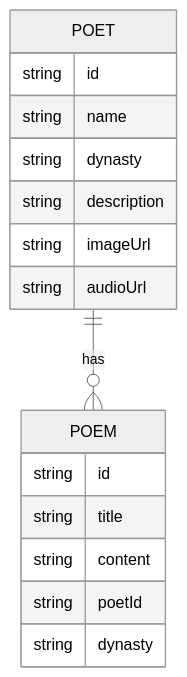
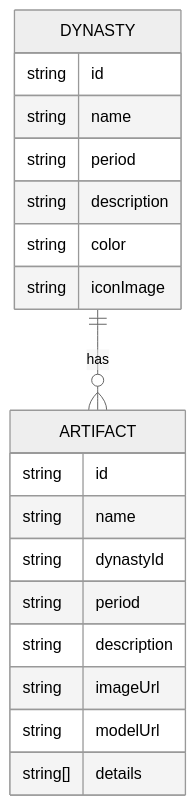
Before and after one commit to liufei-love/ancient_poetry_learn: the second of 2 diagrams in .trae/documents/technical-architecture.md, drawn with Mermaid (neutral theme). The commit also changed other lines of this file and 10 other files, not shown here.

````diff
--- a/.trae/documents/technical-architecture.md
+++ b/.trae/documents/technical-architecture.md
@@ -38,21 +39,24 @@
 ```mermaid
 erDiagram
-    POET { 
+    DYNASTY { 
         string id 
         string name 
-        string dynasty 
+        string period 
+        string description 
+        string color 
+        string iconImage 
+    }
+    
+    ARTIFACT { 
+        string id 
+        string name 
+        string dynastyId 
+        string period 
         string description 
         string imageUrl 
-        string audioUrl 
+        string modelUrl 
+        string[] details 
     }
     
-    POEM { 
-        string id 
-        string title 
-        string content 
-        string poetId 
-        string dynasty 
-    }
-    
-    POET ||--o{ POEM : has
+    DYNASTY ||--o{ ARTIFACT : has
 ```
````
